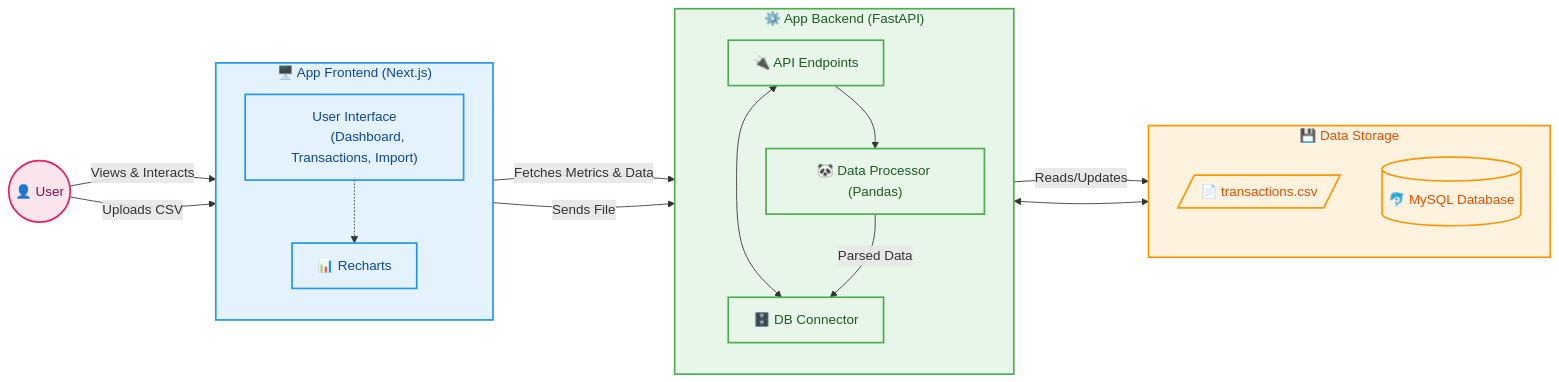
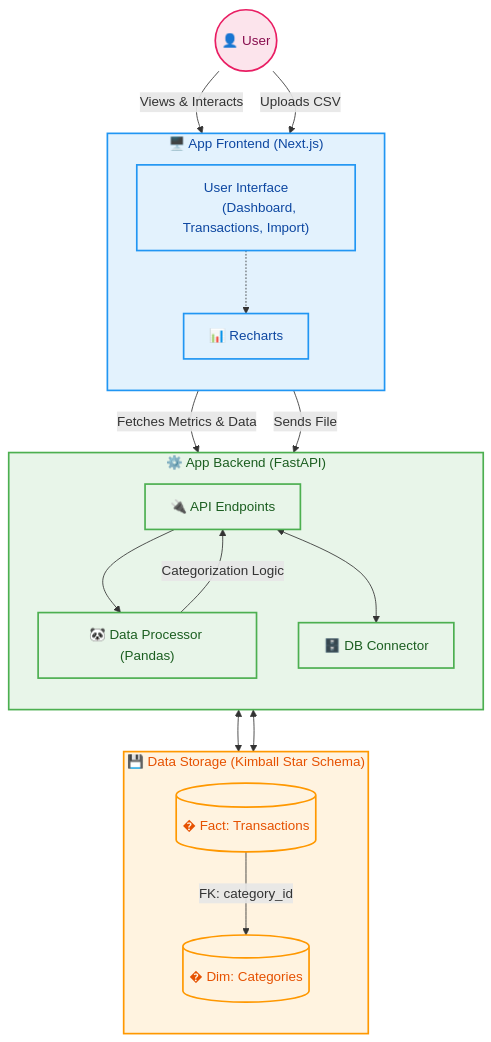
One commit to DOX69/personal-expense-report changed the diagram in README.md. Above: the diagram before and after it, drawn with Mermaid. The commit also changed other lines of this file and 20 other files, not shown here.

Commit message:
feat: implement star schema for categories

````diff
--- a/README.md
+++ b/README.md
@@ -27,55 +27,52 @@
 ```mermaid
-flowchart LR
+flowchart TD
     %% Definitions
     User(("👤 User"))
 
-    %% Frontend Subgraph
     subgraph Frontend ["🖥️ App Frontend (Next.js)"]
         direction TB
         UI["User Interface
         (Dashboard, Transactions, Import)"]
         Charts["📊 Recharts"]
         UI -.-> Charts
     end
 
-    %% Backend Subgraph
     subgraph Backend ["⚙️ App Backend (FastAPI)"]
         direction TB
         API["🔌 API Endpoints"]
         Pandas["🐼 Data Processor (Pandas)"]
         DBLogic["🗄️ DB Connector"]
 
         API --> Pandas
         API <--> DBLogic
     end
 
-    %% Storage Subgraph
-    subgraph Storage ["💾 Data Storage"]
+    subgraph Storage ["💾 Data Storage (Kimball Star Schema)"]
         direction TB
-        CSV[/"📄 transactions.csv"/]
-        MySQL[("🐬 MySQL Database")]
+        Fact[("� Fact: Transactions")]
+        Dim[("� Dim: Categories")]
+        Fact -- "FK: category_id" --> Dim
     end
 
     %% Interactions
     User -- "Views & Interacts" --> UI
     User -- "Uploads CSV" --> UI
 
     UI -- "Fetches Metrics & Data" --> API
     UI -- "Sends File" --> API
 
-    Pandas -- "Reads/Updates" --> CSV
-    Pandas -- "Parsed Data" --> DBLogic
-
-    DBLogic <--> MySQL
+    Pandas -- "Categorization Logic" --> API
+    DBLogic <--> Fact
+    DBLogic <--> Dim
 
     %% Styling
     classDef frontend fill:#E3F2FD,stroke:#2196F3,stroke-width:2px,color:#0D47A1;
     classDef backend fill:#E8F5E9,stroke:#4CAF50,stroke-width:2px,color:#1B5E20;
     classDef storage fill:#FFF3E0,stroke:#FF9800,stroke-width:2px,color:#E65100;
     classDef user fill:#FCE4EC,stroke:#E91E63,stroke-width:2px,color:#880E4F;
 
     class Frontend,UI,Charts frontend;
     class Backend,API,Pandas,DBLogic backend;
-    class Storage,CSV,MySQL storage;
+    class Storage,Fact,Dim storage;
     class User user;
 ```
````
